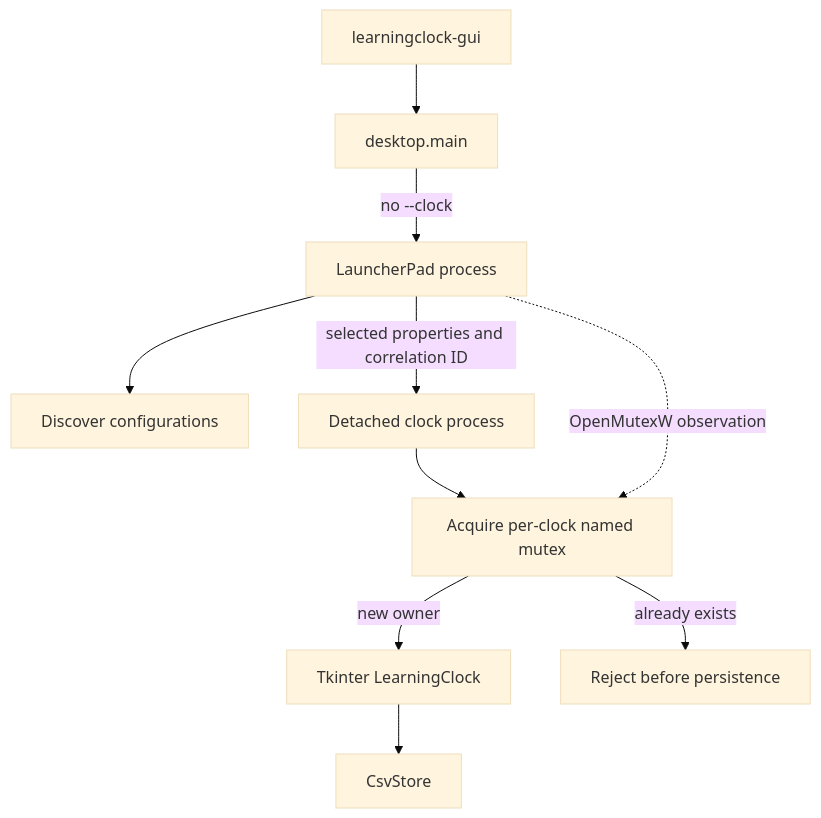
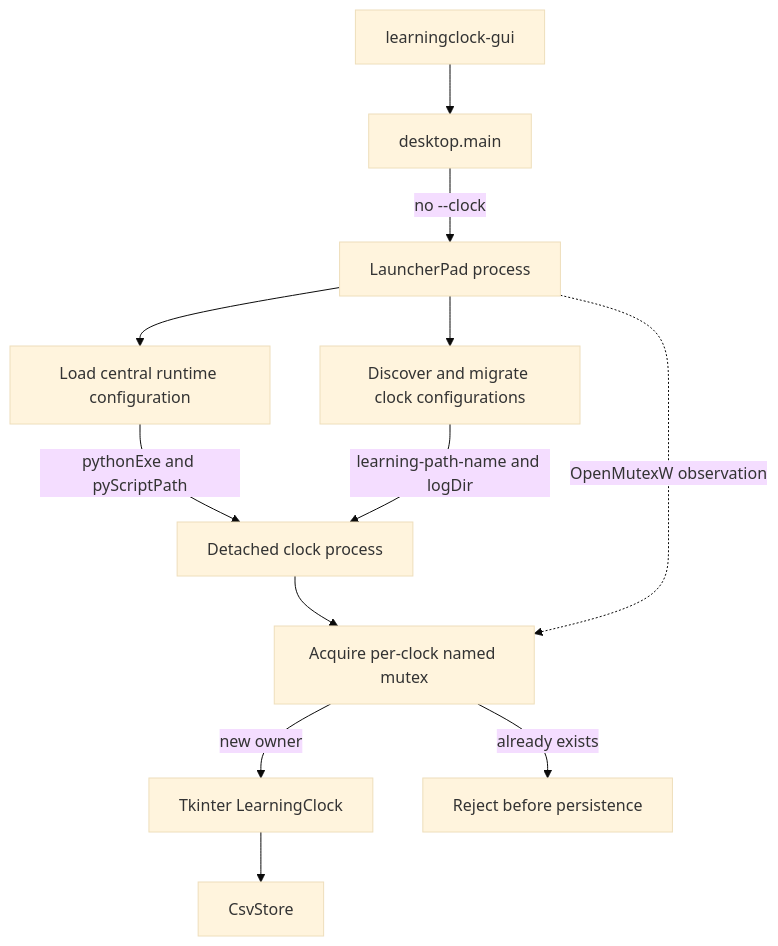
Before and after one commit to javaboy-vk/LearningClock: the second of 6 diagrams in diavgeia/LearningClock/6.0/Architecture/Diagrams.md, drawn with Mermaid (base theme). The commit also changed other lines of this file and 56 other files, not shown here.

````diff
--- a/diavgeia/LearningClock/6.0/Architecture/Diagrams.md
+++ b/diavgeia/LearningClock/6.0/Architecture/Diagrams.md
@@ -26,12 +28,14 @@
 ```mermaid
 flowchart TD
     Entry[learningclock-gui] --> Desktop[desktop.main]
     Desktop -->|no --clock| LP[LauncherPad process]
-    LP --> Discovery[Discover configurations]
-    LP -->|selected properties and correlation ID| Child[Detached clock process]
+    LP --> Central[Load central runtime configuration]
+    LP --> Discovery[Discover and migrate clock configurations]
+    Central -->|pythonExe and pyScriptPath| Child[Detached clock process]
+    Discovery -->|learning-path-name and logDir| Child
     Child --> Guard[Acquire per-clock named mutex]
     Guard -->|new owner| App[Tkinter LearningClock]
     Guard -->|already exists| Reject[Reject before persistence]
     App --> Store[CsvStore]
     LP -. OpenMutexW observation .-> Guard
 ```
````
